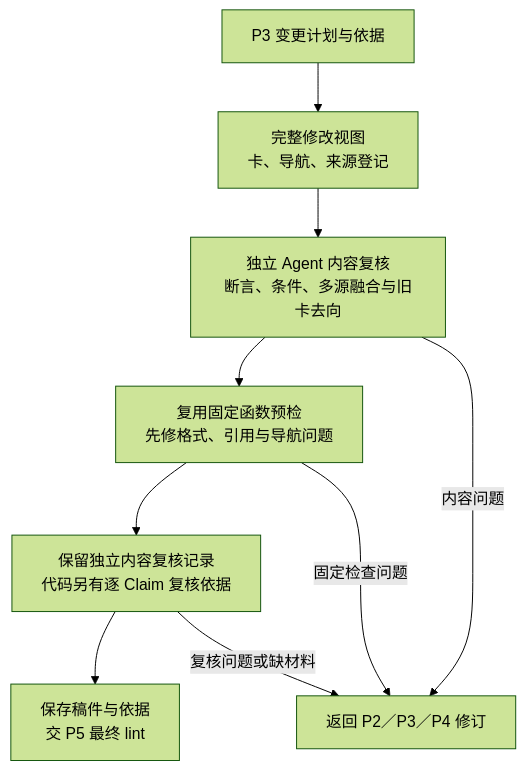
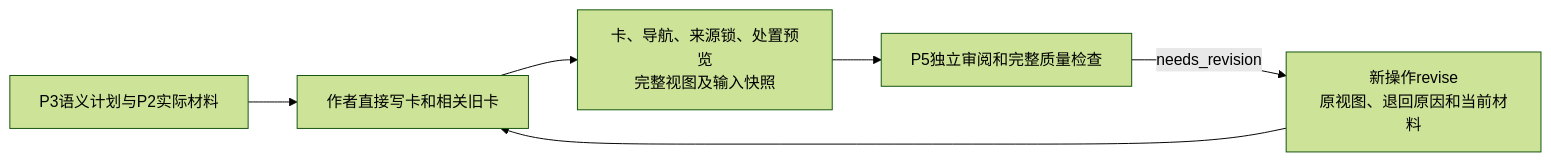
One commit to Robin-hhc/FactumCore changed diagram 15 of 27 in himate-knowledge-wifi-mp/docs-llm-wiki/知识库详细设计.md. Above: the diagram before and after it, drawn with Mermaid (forest theme). The commit also changed other lines of this file and 323 other files, not shown here.

````diff
--- a/himate-knowledge-wifi-mp/docs-llm-wiki/知识库详细设计.md
+++ b/himate-knowledge-wifi-mp/docs-llm-wiki/知识库详细设计.md
@@ -580,11 +554,8 @@
 ```mermaid
-flowchart TD
-    PLAN["P3 变更计划与依据"] --> VIEW["完整修改视图<br/>卡、导航、来源登记"]
-    VIEW --> REVIEW["独立 Agent 内容复核<br/>断言、条件、多源融合与旧卡去向"]
-    REVIEW --> PRECHECK["复用固定函数预检<br/>先修格式、引用与导航问题"]
-    PRECHECK --> CONFIRM["保留独立内容复核记录<br/>代码另有逐 Claim 复核依据"]
-    CONFIRM --> DRAFT["保存稿件与依据<br/>交 P5 最终 lint"]
-    REVIEW -->|"内容问题"| BACK["返回 P2／P3／P4 修订"]
-    PRECHECK -->|"固定检查问题"| BACK
-    CONFIRM -->|"复核问题或缺材料"| BACK
+flowchart LR
+    PLAN["P3语义计划与P2实际材料"] --> AUTHOR["作者直接写卡和相关旧卡"]
+    AUTHOR --> VIEW["卡、导航、来源锁、处置预览<br/>完整视图及输入快照"]
+    VIEW --> P5["P5独立审阅和完整质量检查"]
+    P5 -->|needs_revision| REVISE["新操作revise<br/>原视图、退回原因和当前材料"]
+    REVISE --> AUTHOR
 ```
````
